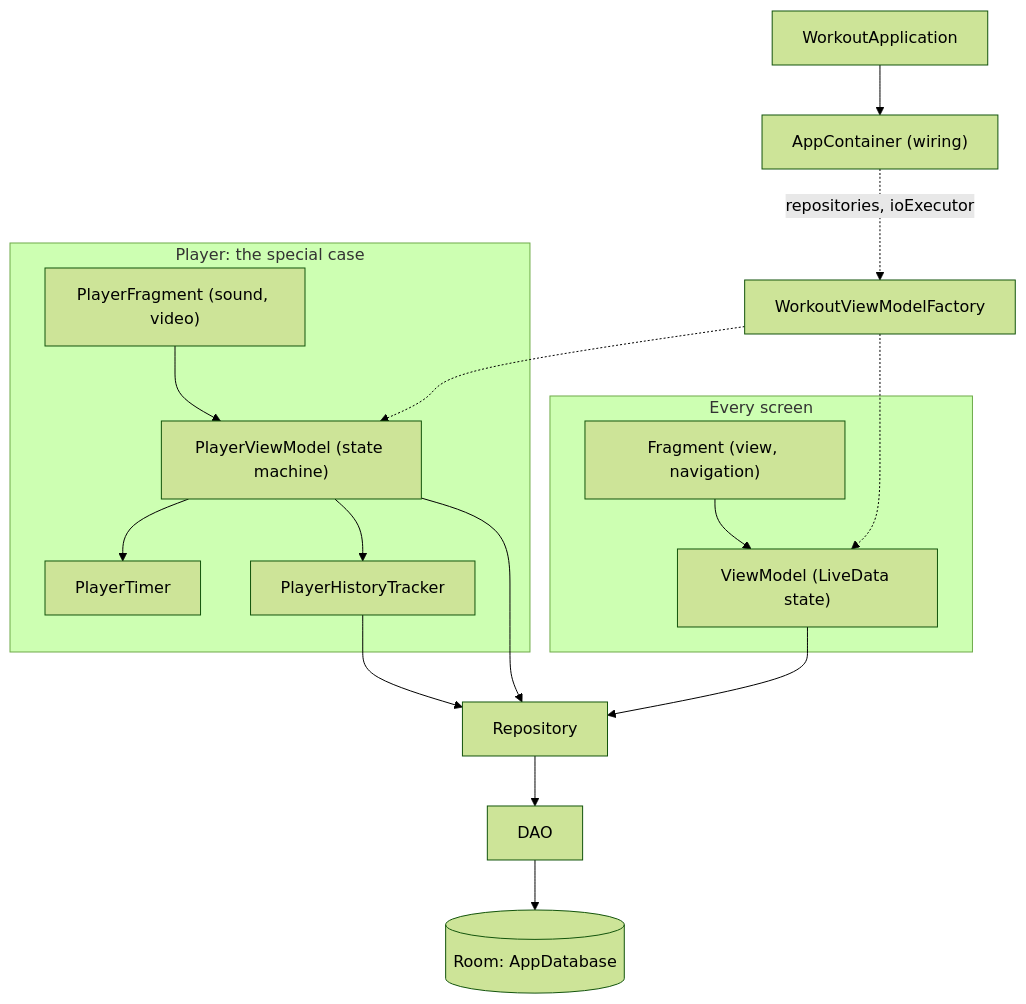
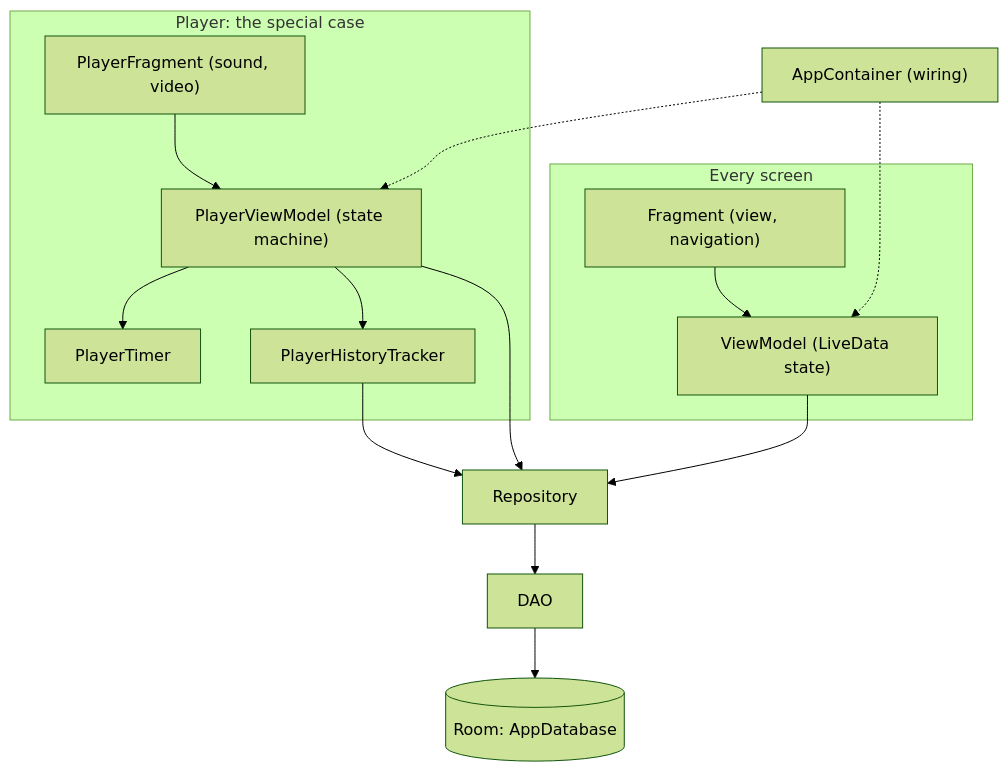
One commit to bettinawoste-wq/Workout changed the diagram in README.md. Above: the diagram before and after it, drawn with Mermaid (forest theme). The commit also changed other lines of this file, not shown here.

````diff
--- a/README.md
+++ b/README.md
@@ -34,23 +33,22 @@
 ```mermaid
 flowchart TD
-    App["WorkoutApplication"] --> AC["AppContainer (wiring)"]
-    AC -.->|repositories, ioExecutor| Factory["WorkoutViewModelFactory"]
+    AC["AppContainer (wiring)"]
 
     subgraph screens["Every screen"]
         Fragment["Fragment (view, navigation)"] --> ViewModel["ViewModel (LiveData state)"]
     end
 
     subgraph player["Player: the special case"]
         PF["PlayerFragment (sound, video)"] --> PVM["PlayerViewModel (state machine)"]
         PVM --> Timer["PlayerTimer"]
         PVM --> Tracker["PlayerHistoryTracker"]
     end
 
-    Factory -.-> ViewModel
-    Factory -.-> PVM
+    AC -.-> ViewModel
+    AC -.-> PVM
     ViewModel --> Repository["Repository"]
     PVM --> Repository
     Tracker --> Repository
     Repository --> DAO["DAO"]
     DAO --> Room[("Room: AppDatabase")]
 ```
````
